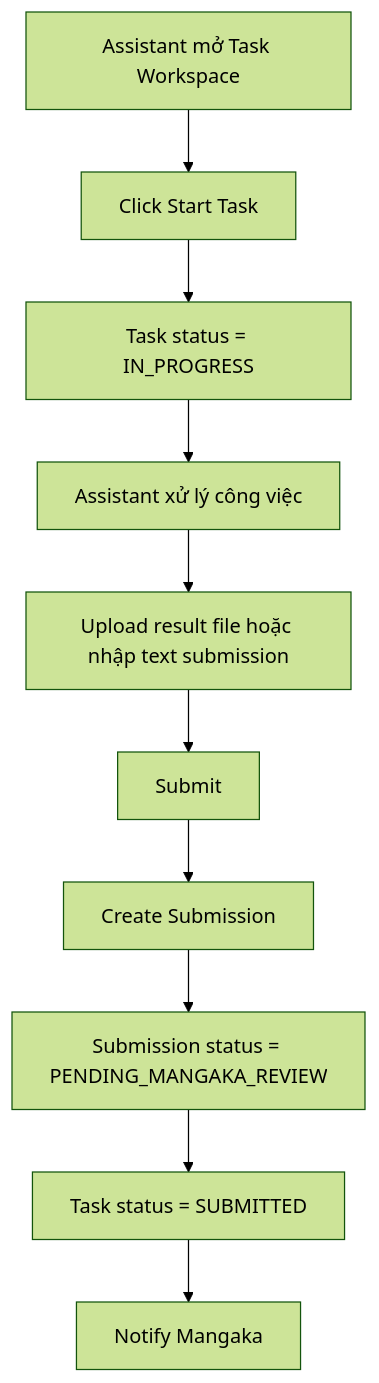
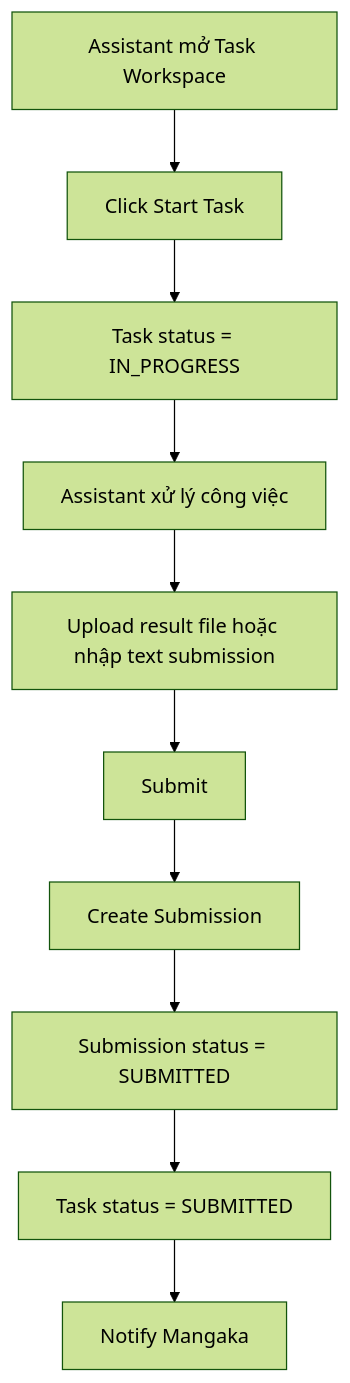
One commit to ntu254/MangaFlow changed diagram 11 of 19 in docs/standards/bussiness-flow.md. Above: the diagram before and after it, drawn with Mermaid (forest theme). The commit also changed other lines of this file and 11 other files, not shown here.

Commit message:
update: business flow

````diff
--- a/docs/standards/bussiness-flow.md
+++ b/docs/standards/bussiness-flow.md
@@ -1412,12 +1437,12 @@
 ```mermaid
 flowchart TD
     A["Assistant mở Task Workspace"] --> B["Click Start Task"]
     B --> C["Task status = IN_PROGRESS"]
     C --> D["Assistant xử lý công việc"]
     D --> E["Upload result file hoặc nhập text submission"]
     E --> F["Submit"]
     F --> G["Create Submission"]
-    G --> H["Submission status = PENDING_MANGAKA_REVIEW"]
+    G --> H["Submission status = SUBMITTED"]
     H --> I["Task status = SUBMITTED"]
     I --> J["Notify Mangaka"]
 ```
````
